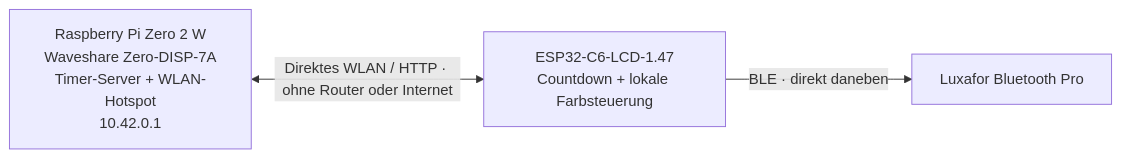
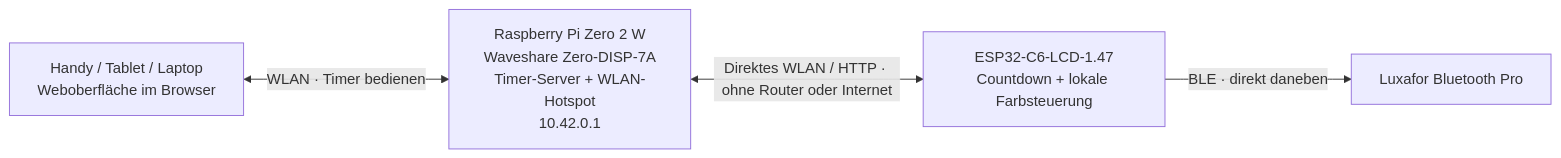
Before and after one commit to sglogger/pi-timer-wifi: the diagram in README.md, drawn with Mermaid. The commit also changed other lines of this file, not shown here.

Commit message:
Document mobile timer control over the Pi WiFi hotspot

````diff
--- a/README.md
+++ b/README.md
@@ -10,8 +10,10 @@
 ```mermaid
 flowchart LR
   A["Raspberry Pi Zero 2 W\nWaveshare Zero-DISP-7A\nTimer-Server + WLAN-Hotspot\n10.42.0.1"]
   B["ESP32-C6-LCD-1.47\nCountdown + lokale Farbsteuerung"]
   C["Luxafor Bluetooth Pro"]
   A <-->|"Direktes WLAN / HTTP · ohne Router oder Internet"| B
   B -->|"BLE · direkt daneben"| C
+  D["Handy / Tablet / Laptop\nWeboberfläche im Browser"]
+  D <-->|"WLAN · Timer bedienen"| A
 ```
````
